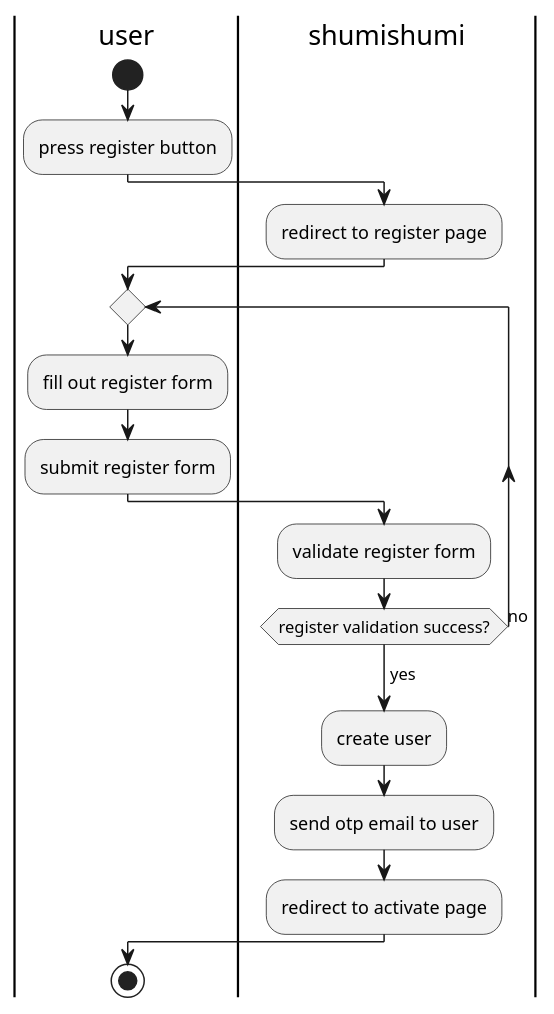
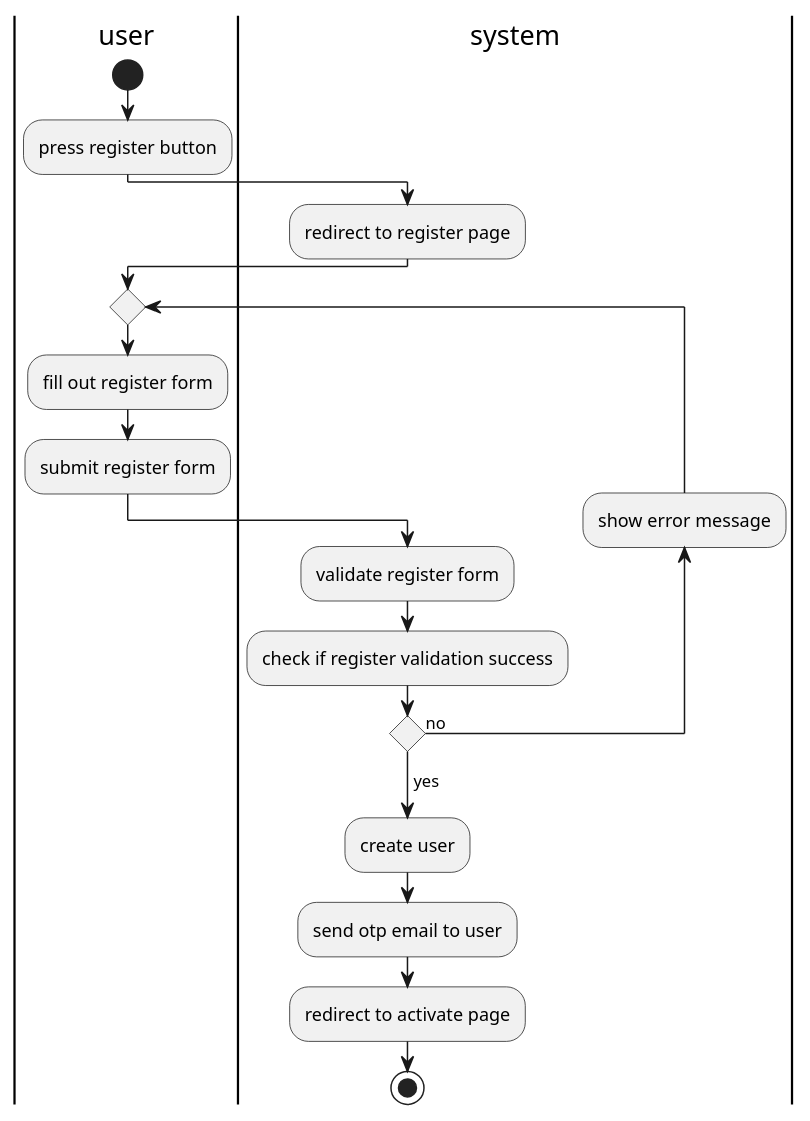
One commit to aldihsuhandi/skripsi-2023 changed the diagram in uml/activity diagram/1. register.pu. Above: the diagram before and after it, drawn with PlantUML. The commit also changed 19 other files, not shown here.

Commit message:
progress uml

```diff
--- a/uml/activity diagram/1. register.pu
+++ b/uml/activity diagram/1. register.pu
@@ -1,22 +1,23 @@
 @startuml register
 
 |user|
 start
 :press register button;
-|shumishumi|
+|system|
 :redirect to register page;
 |user|
 repeat
 :fill out register form;
 :submit register form;
-|shumishumi|
+|system|
 :validate register form;
-repeat while (register validation success?) is (no)
+:check if register validation success;
+backward:show error message;
+repeat while () is (no)
 -> yes;
 :create user;
 :send otp email to user;
 :redirect to activate page;
-|user|
 stop
  
 @enduml
```
